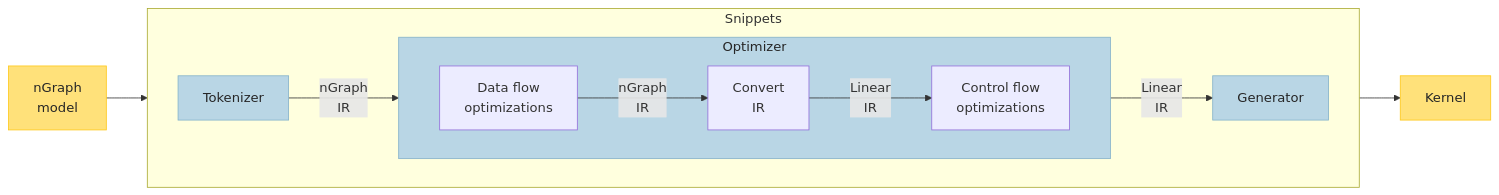
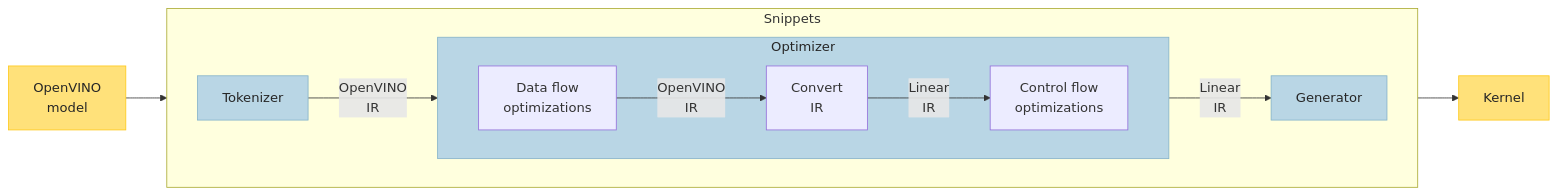
One commit to openvinotoolkit/openvino changed the seventh of 12 diagrams in src/common/snippets/docs/snippets_design_guide.md. Above: the diagram before and after it, drawn with Mermaid. The commit also changed other lines of this file and 37 other files, not shown here.

````diff
--- a/src/common/snippets/docs/snippets_design_guide.md
+++ b/src/common/snippets/docs/snippets_design_guide.md
@@ -237,24 +237,24 @@
 ```mermaid
  graph LR
-   Source[nGraph \n model]
+   Source[OpenVINO \n model]
    subgraph Snippets
       direction LR
       subgraph Optimizer[Optimizer]
         direction LR
        Data[Data flow \n optimizations]
        Converter[Convert \n IR]
        Control[Control flow \n optimizations]
-       Data-->|nGraph \nIR|Converter
+       Data-->|OpenVINO \nIR|Converter
        Converter-->|Linear \nIR|Control
       end
-      Frontend[Tokenizer]-->|nGraph \nIR|Data
+      Frontend[Tokenizer]-->|OpenVINO \nIR|Data
       Control-->|Linear \nIR|Backend[Generator]
    end
    Source --> Frontend
    Backend --> Executable[Kernel]
 classDef no-bg-color fill:none,stroke-width:0px
 classDef steel1 fill:#B9D6E5, stroke: #86B3CA, color: #262626
 classDef daisy1 fill:#FFE17A, stroke: #FEC91B, color: #262626
 class Frontend,Optimizer,Backend steel1
 class Source,Executable daisy1
 ```
````
